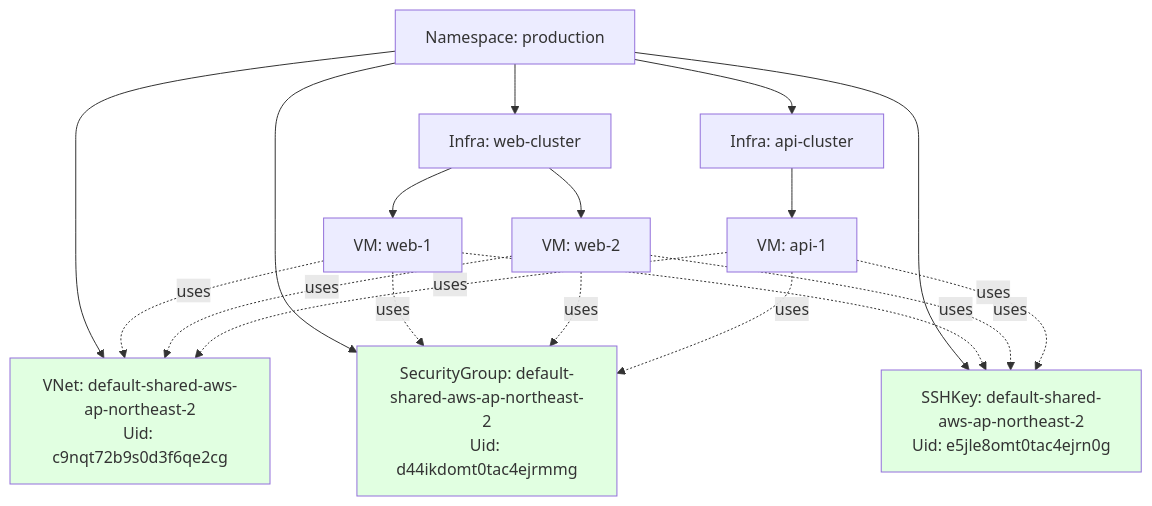
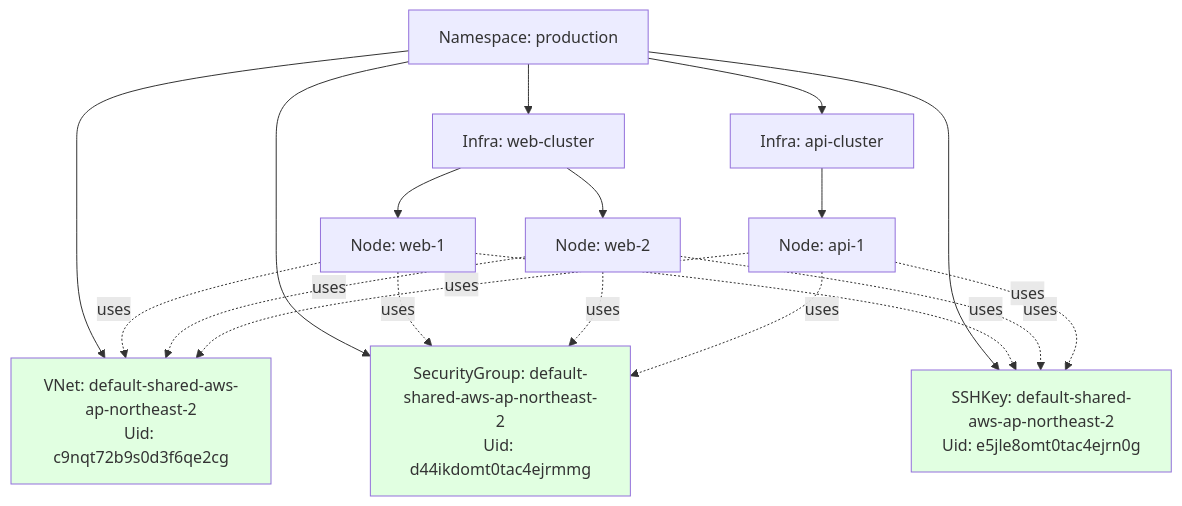
One commit to cloud-barista/cb-tumblebug changed the eighth of 10 diagrams in docs/feature_guide/namespace-and-resource-identity.md. Above: the diagram before and after it, drawn with Mermaid. The commit also changed other lines of this file and 81 other files, not shown here.

````diff
--- a/docs/feature_guide/namespace-and-resource-identity.md
+++ b/docs/feature_guide/namespace-and-resource-identity.md
@@ -456,42 +456,42 @@
 ```mermaid
 graph TB
     NS[Namespace: production]
     
     VNET[VNet: default-shared-aws-ap-northeast-2<br/>Uid: c9nqt72b9s0d3f6qe2cg]
     SG[SecurityGroup: default-shared-aws-ap-northeast-2<br/>Uid: d44ikdomt0tac4ejrmmg]
     SSH[SSHKey: default-shared-aws-ap-northeast-2<br/>Uid: e5jle8omt0tac4ejrn0g]
     
     NS --> VNET
     NS --> SG
     NS --> SSH
     
     Infra1[Infra: web-cluster]
     Infra2[Infra: api-cluster]
     
     NS --> Infra1
     NS --> Infra2
     
-    VM1[VM: web-1]
-    VM2[VM: web-2]
-    VM3[VM: api-1]
+    VM1[Node: web-1]
+    VM2[Node: web-2]
+    VM3[Node: api-1]
     
     Infra1 --> VM1
     Infra1 --> VM2
     Infra2 --> VM3
     
     VM1 -.uses.-> VNET
     VM1 -.uses.-> SG
     VM1 -.uses.-> SSH
     
     VM2 -.uses.-> VNET
     VM2 -.uses.-> SG
     VM2 -.uses.-> SSH
     
     VM3 -.uses.-> VNET
     VM3 -.uses.-> SG
     VM3 -.uses.-> SSH
     
     style VNET fill:#e1ffe1
     style SG fill:#e1ffe1
     style SSH fill:#e1ffe1
 ```
````
